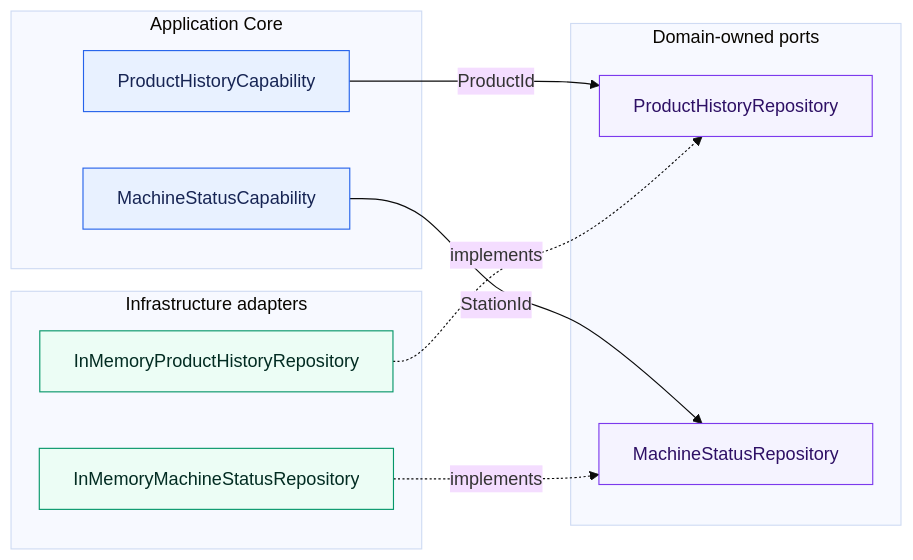
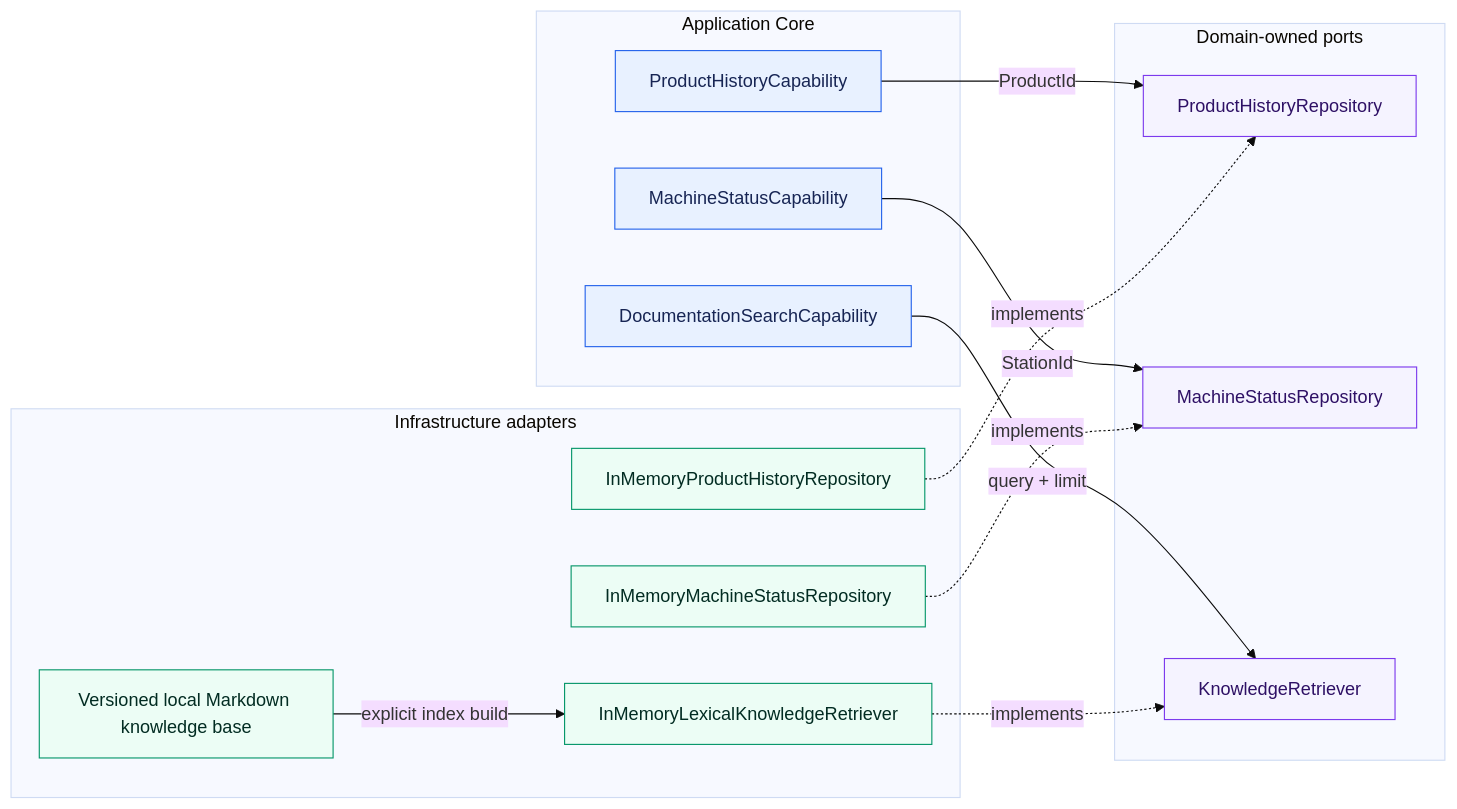
Before and after one commit to aboerzel/industrial-ai-agent: the first of 8 diagrams in docs/architecture/overview.md, drawn with Mermaid (base theme). The commit also changed other lines of this file and 19 other files, not shown here.

Commit message:
feat: add lexical knowledge retrieval baseline

````diff
--- a/docs/architecture/overview.md
+++ b/docs/architecture/overview.md
@@ -13,29 +15,36 @@
 ```mermaid
 flowchart LR
     subgraph Core["Application Core"]
         PHC["ProductHistoryCapability"]
         MSC["MachineStatusCapability"]
+        DSC["DocumentationSearchCapability"]
     end
 
     subgraph Ports["Domain-owned ports"]
         PHR["ProductHistoryRepository"]
         MSR["MachineStatusRepository"]
+        KR["KnowledgeRetriever"]
     end
 
     subgraph Infrastructure["Infrastructure adapters"]
         PHM["InMemoryProductHistoryRepository"]
         MSM["InMemoryMachineStatusRepository"]
+        LKR["InMemoryLexicalKnowledgeRetriever"]
+        KB["Versioned local Markdown knowledge base"]
     end
 
     PHC -->|"ProductId"| PHR
     MSC -->|"StationId"| MSR
+    DSC -->|"query + limit"| KR
     PHM -.->|"implements"| PHR
     MSM -.->|"implements"| MSR
+    LKR -.->|"implements"| KR
+    KB -->|"explicit index build"| LKR
 
     classDef core fill:#e8f1ff,stroke:#2563eb,color:#172554
     classDef port fill:#f5f3ff,stroke:#7c3aed,color:#2e1065
     classDef adapter fill:#ecfdf5,stroke:#059669,color:#022c22
-    class PHC,MSC core
-    class PHR,MSR port
-    class PHM,MSM adapter
+    class PHC,MSC,DSC core
+    class PHR,MSR,KR port
+    class PHM,MSM,LKR,KB adapter
 ```
````
